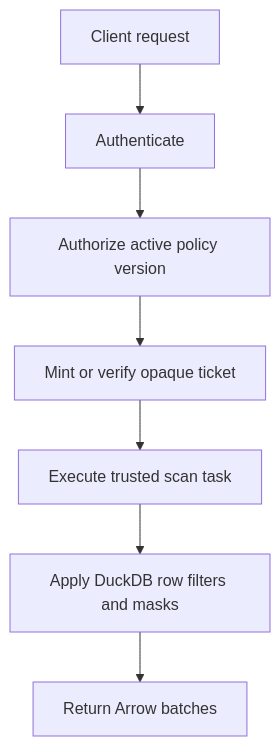
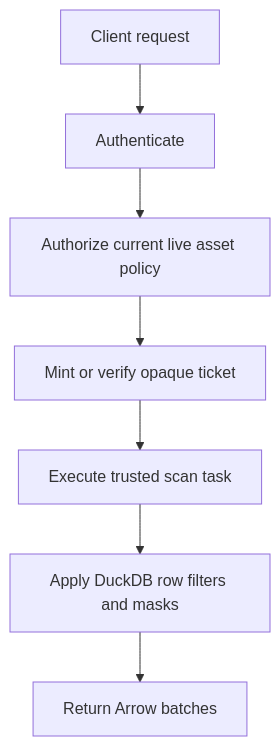
One commit to snithish/dal-obscura changed the first of 3 diagrams in docs/security.md. Above: the diagram before and after it, drawn with Mermaid. The commit also changed other lines of this file and 174 other files, not shown here.

````diff
--- a/docs/security.md
+++ b/docs/security.md
@@ -20,9 +22,9 @@
 ```mermaid
 flowchart TD
     request["Client request"] --> auth["Authenticate"]
-    auth --> policy["Authorize active policy version"]
+    auth --> policy["Authorize current live asset policy"]
     policy --> ticket["Mint or verify opaque ticket"]
     ticket --> execute["Execute trusted scan task"]
     execute --> transform["Apply DuckDB row filters and masks"]
     transform --> response["Return Arrow batches"]
 ```
````
